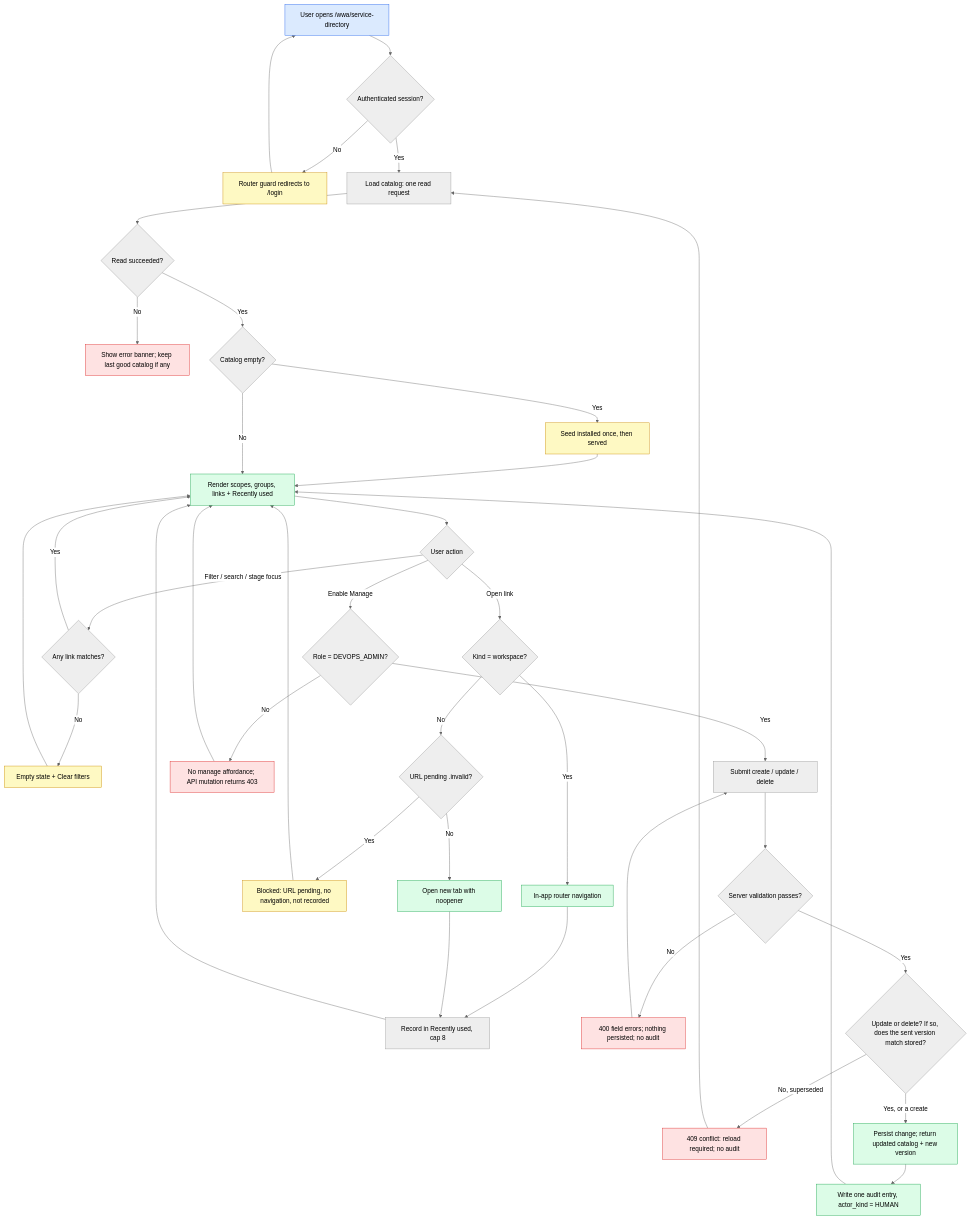
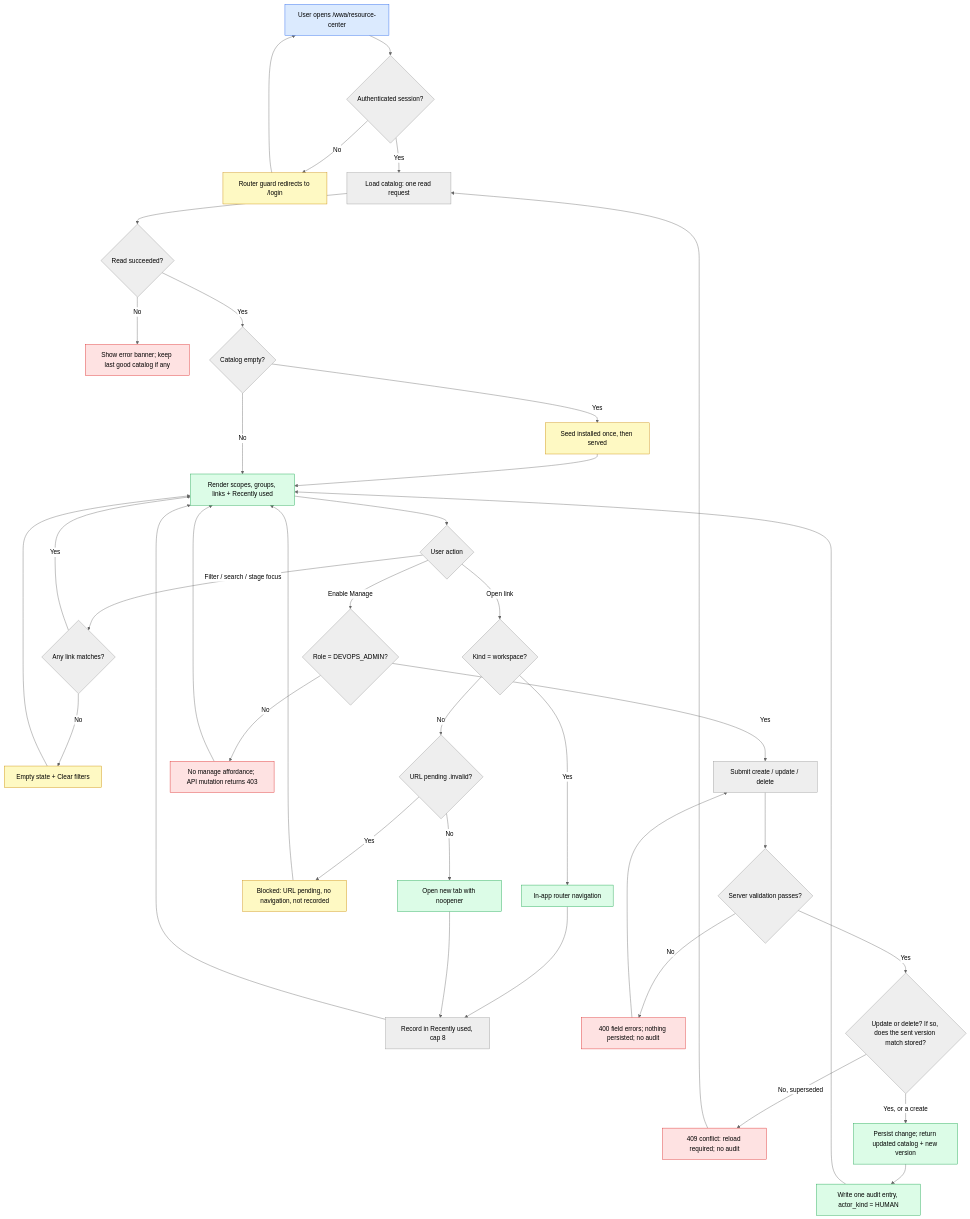
One commit to wwa-lab/deployment-agent changed the diagram in docs/03-spec/service-directory-spec.md. Above: the diagram before and after it, drawn with Mermaid (neutral theme). The commit also changed other lines of this file and 63 other files, not shown here.

First line of the commit message:
feat: ship Resource Center as a platform catalog

````diff
--- a/docs/03-spec/service-directory-spec.md
+++ b/docs/03-spec/service-directory-spec.md
@@ -248,55 +259,55 @@
 ```mermaid
 flowchart TD
-    A[User opens /wwa/service-directory] --> B{Authenticated session?}
+    A[User opens /wwa/resource-center] --> B{Authenticated session?}
     B -- No --> C[Router guard redirects to /login]
     C --> A
     B -- Yes --> D[Load catalog: one read request]
     D --> E{Read succeeded?}
     E -- No --> F[Show error banner; keep last good catalog if any]
     E -- Yes --> G{Catalog empty?}
     G -- Yes --> H[Seed installed once, then served]
     H --> I[Render scopes, groups, links + Recently used]
     G -- No --> I
     I --> J{User action}
     J -- Filter / search / stage focus --> K{Any link matches?}
     K -- No --> L[Empty state + Clear filters]
     L --> I
     K -- Yes --> I
     J -- Open link --> M{Kind = workspace?}
     M -- Yes --> N[In-app router navigation]
     M -- No --> O{URL pending .invalid?}
     O -- Yes --> P[Blocked: URL pending, no navigation, not recorded]
     P --> I
     O -- No --> Q[Open new tab with noopener]
     N --> R[Record in Recently used, cap 8]
     Q --> R
     R --> I
     J -- Enable Manage --> S{Role = DEVOPS_ADMIN?}
     S -- No --> T[No manage affordance; API mutation returns 403]
     T --> I
     S -- Yes --> U[Submit create / update / delete]
     U --> V{Server validation passes?}
     V -- No --> W[400 field errors; nothing persisted; no audit]
     W --> U
     V -- Yes --> X{Update or delete? If so, does the sent version match stored?}
     X -- No, superseded --> Y[409 conflict: reload required; no audit]
     Y --> D
     X -- Yes, or a create --> Z[Persist change; return updated catalog + new version]
     Z --> AA[Write one audit entry, actor_kind = HUMAN]
     AA --> I
 
     style A fill:#dbeafe,stroke:#2563eb
     style I fill:#dcfce7,stroke:#16a34a
     style N fill:#dcfce7,stroke:#16a34a
     style Q fill:#dcfce7,stroke:#16a34a
     style Z fill:#dcfce7,stroke:#16a34a
     style AA fill:#dcfce7,stroke:#16a34a
     style C fill:#fef9c3,stroke:#ca8a04
     style L fill:#fef9c3,stroke:#ca8a04
     style P fill:#fef9c3,stroke:#ca8a04
     style H fill:#fef9c3,stroke:#ca8a04
     style F fill:#fee2e2,stroke:#dc2626
     style T fill:#fee2e2,stroke:#dc2626
     style W fill:#fee2e2,stroke:#dc2626
     style Y fill:#fee2e2,stroke:#dc2626
 ```
````
